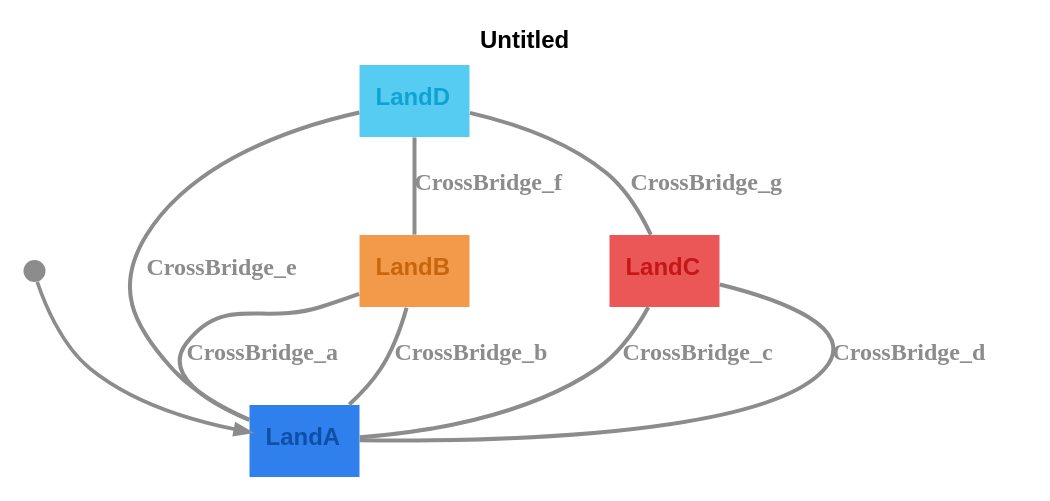
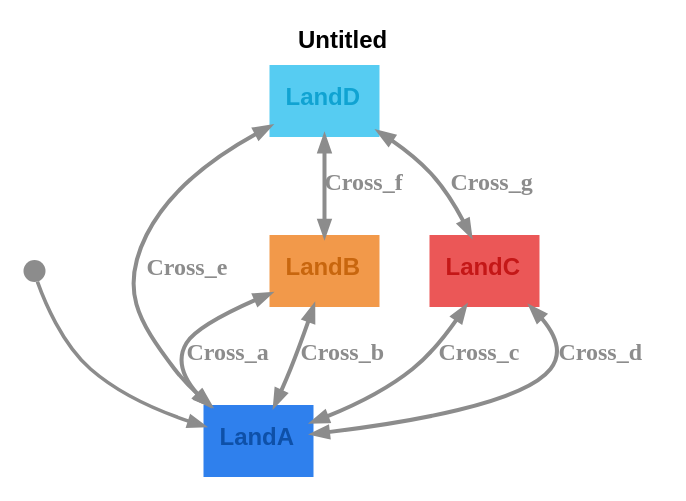
One commit to m-bock/purescript-transit changed the diagram in graphs/bridges-koenigsberg.dot. Above: the diagram before and after it, drawn with Graphviz. The commit also changed 12 other files, not shown here.

```diff
--- a/graphs/bridges-koenigsberg.dot
+++ b/graphs/bridges-koenigsberg.dot
@@ -1,17 +1,17 @@
 digraph 
 {
 rankdir = "TD";fontname = "Arial";label = <<b>Untitled</b>>;labelloc = "t";fontsize = 12
 LandA [shape = "box", label = <<b>LandA</b>>, fontsize = 12, style = "filled", fillcolor = "#2f80ed", fontcolor = "#0e50a8", fontname = "Arial", labelloc = "c", penwidth = 0.0]
 __Start__ [shape = "circle", label = "", width = 0.15, height = 0.15, fixedsize = true, style = "filled", fillcolor = "#8c8c8c", penwidth = 0.0]
 __Start__ -> LandA [color = "#8c8c8c", fontsize = 12, arrowsize = "0.7", penwidth = 1.8]
 LandB [shape = "box", label = <<b>LandB</b>>, fontsize = 12, style = "filled", fillcolor = "#f2994a", fontcolor = "#c8660e", fontname = "Arial", labelloc = "c", penwidth = 0.0]
-LandB -> LandA [color = "#8c8c8c", fontcolor = "#8c8c8c", fontsize = 12, label = <<b>CrossBridge_a</b>>, arrowsize = "1.5", penwidth = 2.0, dir = "both", arrowhead = "none", arrowtail = "none"]
-LandB -> LandA [color = "#8c8c8c", fontcolor = "#8c8c8c", fontsize = 12, label = <<b>CrossBridge_b</b>>, arrowsize = "1.5", penwidth = 2.0, dir = "both", arrowhead = "none", arrowtail = "none"]
+LandB -> LandA [color = "#8c8c8c", fontcolor = "#8c8c8c", fontsize = 12, label = <<b>Cross_a</b>>, arrowsize = "1.5", penwidth = 2.0, dir = "both", arrowsize = "0.7"]
+LandB -> LandA [color = "#8c8c8c", fontcolor = "#8c8c8c", fontsize = 12, label = <<b>Cross_b</b>>, arrowsize = "1.5", penwidth = 2.0, dir = "both", arrowsize = "0.7"]
 LandC [shape = "box", label = <<b>LandC</b>>, fontsize = 12, style = "filled", fillcolor = "#eb5757", fontcolor = "#c41717", fontname = "Arial", labelloc = "c", penwidth = 0.0]
-LandC -> LandA [color = "#8c8c8c", fontcolor = "#8c8c8c", fontsize = 12, label = <<b>CrossBridge_c</b>>, arrowsize = "1.5", penwidth = 2.0, dir = "both", arrowhead = "none", arrowtail = "none"]
-LandC -> LandA [color = "#8c8c8c", fontcolor = "#8c8c8c", fontsize = 12, label = <<b>CrossBridge_d</b>>, arrowsize = "1.5", penwidth = 2.0, dir = "both", arrowhead = "none", arrowtail = "none"]
+LandC -> LandA [color = "#8c8c8c", fontcolor = "#8c8c8c", fontsize = 12, label = <<b>Cross_c</b>>, arrowsize = "1.5", penwidth = 2.0, dir = "both", arrowsize = "0.7"]
+LandC -> LandA [color = "#8c8c8c", fontcolor = "#8c8c8c", fontsize = 12, label = <<b>Cross_d</b>>, arrowsize = "1.5", penwidth = 2.0, dir = "both", arrowsize = "0.7"]
 LandD [shape = "box", label = <<b>LandD</b>>, fontsize = 12, style = "filled", fillcolor = "#56ccf2", fontcolor = "#10a3d2", fontname = "Arial", labelloc = "c", penwidth = 0.0]
-LandD -> LandA [color = "#8c8c8c", fontcolor = "#8c8c8c", fontsize = 12, label = <<b>CrossBridge_e</b>>, arrowsize = "1.5", penwidth = 2.0, dir = "both", arrowhead = "none", arrowtail = "none"]
-LandD -> LandB [color = "#8c8c8c", fontcolor = "#8c8c8c", fontsize = 12, label = <<b>CrossBridge_f</b>>, arrowsize = "1.5", penwidth = 2.0, dir = "both", arrowhead = "none", arrowtail = "none"]
-LandD -> LandC [color = "#8c8c8c", fontcolor = "#8c8c8c", fontsize = 12, label = <<b>CrossBridge_g</b>>, arrowsize = "1.5", penwidth = 2.0, dir = "both", arrowhead = "none", arrowtail = "none"]
+LandD -> LandA [color = "#8c8c8c", fontcolor = "#8c8c8c", fontsize = 12, label = <<b>Cross_e</b>>, arrowsize = "1.5", penwidth = 2.0, dir = "both", arrowsize = "0.7"]
+LandD -> LandB [color = "#8c8c8c", fontcolor = "#8c8c8c", fontsize = 12, label = <<b>Cross_f</b>>, arrowsize = "1.5", penwidth = 2.0, dir = "both", arrowsize = "0.7"]
+LandD -> LandC [color = "#8c8c8c", fontcolor = "#8c8c8c", fontsize = 12, label = <<b>Cross_g</b>>, arrowsize = "1.5", penwidth = 2.0, dir = "both", arrowsize = "0.7"]
 }
```
